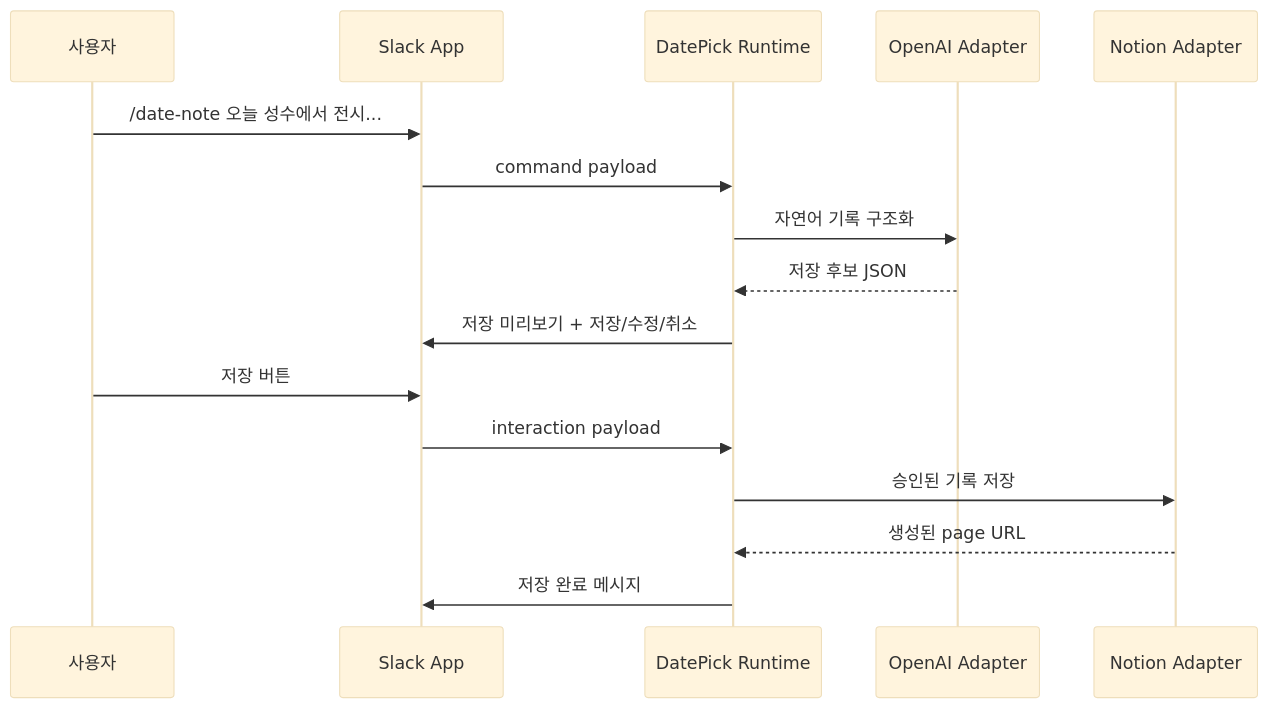
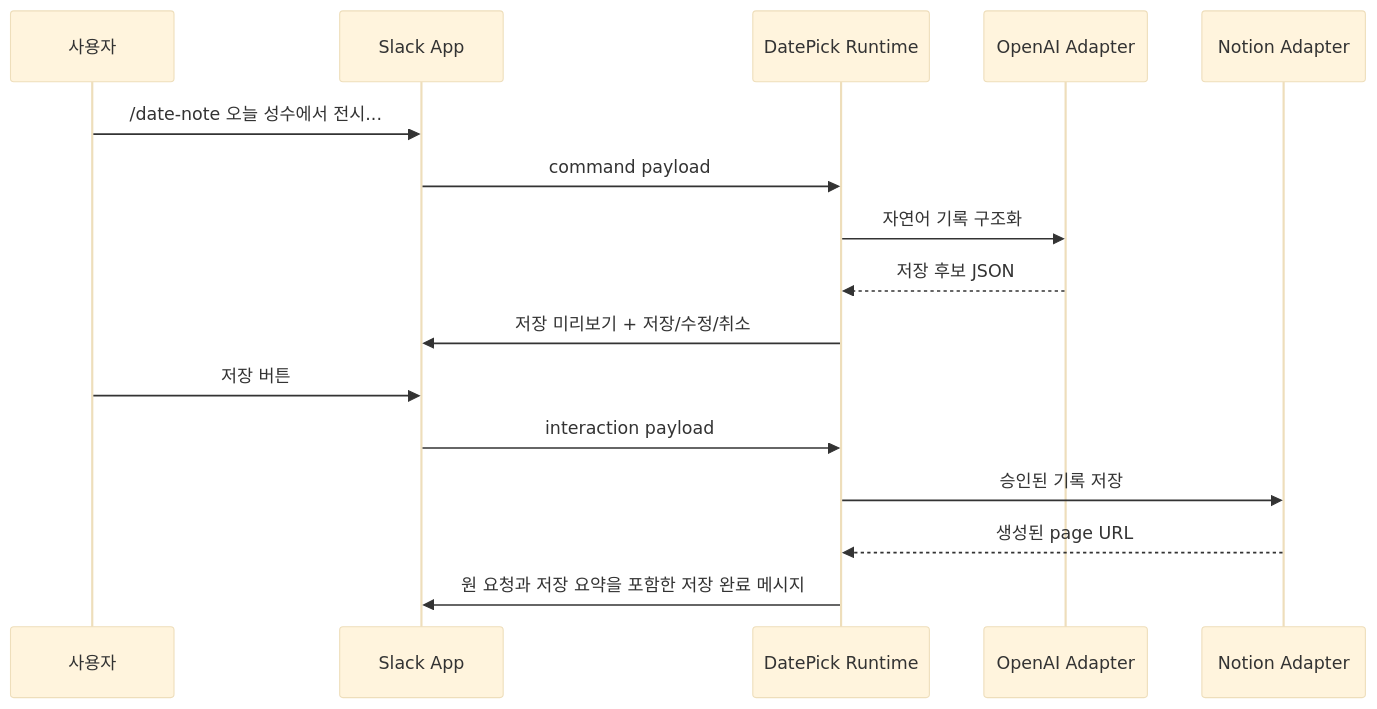
Before and after one commit to jjj5306/date-pick: the second of 3 diagrams in docs/001-데이트봇-mvp/architecture.md, drawn with Mermaid (base theme). The commit also changed other lines of this file and 4 other files, not shown here.

Commit message:
버그: Slack 메시지 렌더링과 문서 정합성 정리

````diff
--- a/docs/001-데이트봇-mvp/architecture.md
+++ b/docs/001-데이트봇-mvp/architecture.md
@@ -145,19 +145,19 @@
 ```mermaid
 sequenceDiagram
     participant User as 사용자
     participant Slack as Slack App
     participant App as DatePick Runtime
     participant OpenAI as OpenAI Adapter
     participant Notion as Notion Adapter
 
     User->>Slack: /date-note 오늘 성수에서 전시...
     Slack->>App: command payload
     App->>OpenAI: 자연어 기록 구조화
     OpenAI-->>App: 저장 후보 JSON
     App->>Slack: 저장 미리보기 + 저장/수정/취소
     User->>Slack: 저장 버튼
     Slack->>App: interaction payload
     App->>Notion: 승인된 기록 저장
     Notion-->>App: 생성된 page URL
-    App->>Slack: 저장 완료 메시지
+    App->>Slack: 원 요청과 저장 요약을 포함한 저장 완료 메시지
 ```
````
